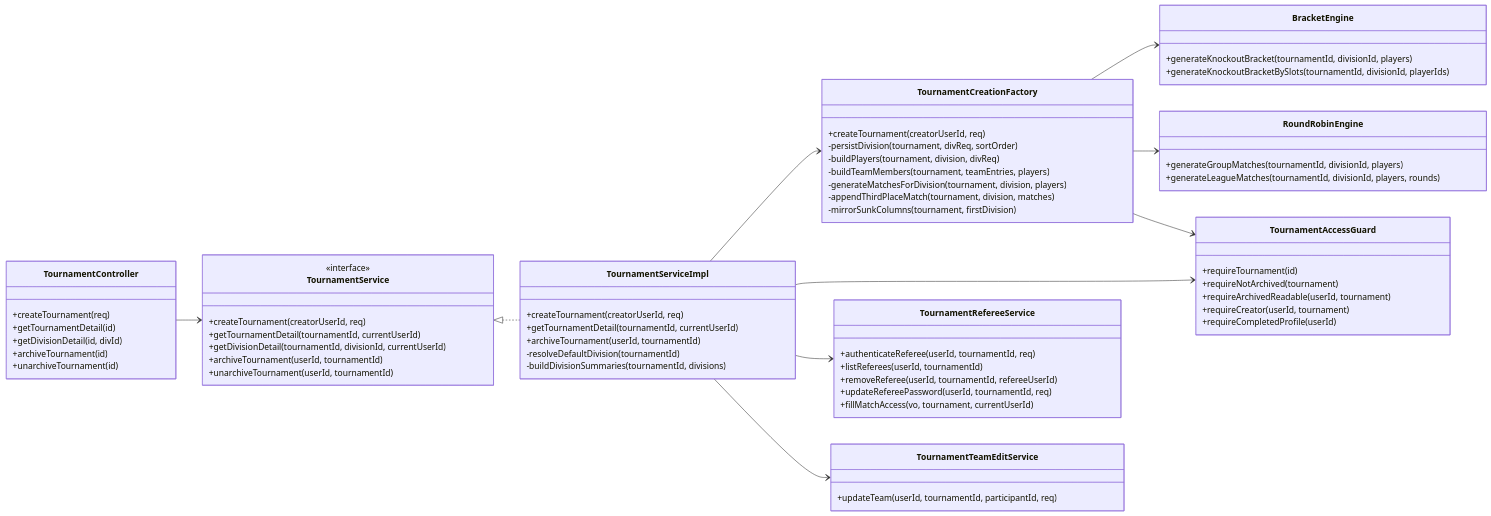
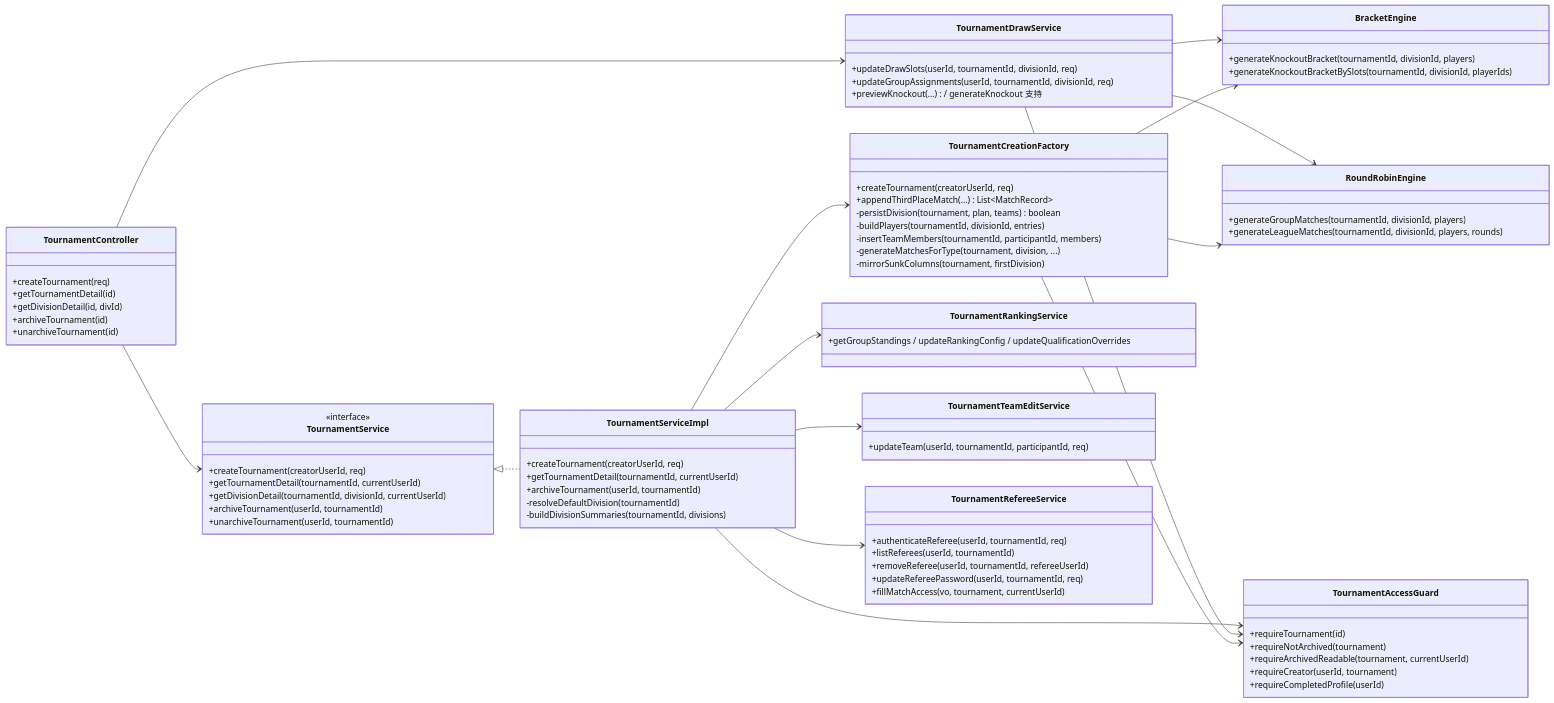
One commit to lijingyuu/Scoring changed the second of 10 diagrams in docs/类图.md. Above: the diagram before and after it, drawn with Mermaid. The commit also changed other lines of this file and 13 other files, not shown here.

First line of the commit message:
docs: 文档全量同步当前版本（限流/错误码/分段规则/撤销补偿/新类视图）

```diff
--- a/docs/类图.md
+++ b/docs/类图.md
@@ -318,18 +330,28 @@
 
 class TournamentCreationFactory {
   +createTournament(creatorUserId, req)
-  -persistDivision(tournament, divReq, sortOrder)
-  -buildPlayers(tournament, division, divReq)
-  -buildTeamMembers(tournament, teamEntries, players)
-  -generateMatchesForDivision(tournament, division, players)
-  -appendThirdPlaceMatch(tournament, division, matches)
+  +appendThirdPlaceMatch(...) List~MatchRecord~
+  -persistDivision(tournament, plan, teams) boolean
+  -buildPlayers(tournamentId, divisionId, entries)
+  -insertTeamMembers(tournamentId, participantId, members)
+  -generateMatchesForType(tournament, division, ...)
   -mirrorSunkColumns(tournament, firstDivision)
+}
+
+class TournamentDrawService {
+  +updateDrawSlots(userId, tournamentId, divisionId, req)
+  +updateGroupAssignments(userId, tournamentId, divisionId, req)
+  +previewKnockout(...) / generateKnockout 支持
+}
+
+class TournamentRankingService {
+  +getGroupStandings / updateRankingConfig / updateQualificationOverrides
 }
 
 class TournamentAccessGuard {
   +requireTournament(id)
   +requireNotArchived(tournament)
-  +requireArchivedReadable(userId, tournament)
+  +requireArchivedReadable(tournament, currentUserId)
   +requireCreator(userId, tournament)
   +requireCompletedProfile(userId)
 }
@@ -357,11 +379,16 @@
 }
 
 TournamentController --> TournamentService
+TournamentController --> TournamentDrawService
 TournamentService <|.. TournamentServiceImpl
 TournamentServiceImpl --> TournamentCreationFactory
 TournamentServiceImpl --> TournamentAccessGuard
 TournamentServiceImpl --> TournamentRefereeService
 TournamentServiceImpl --> TournamentTeamEditService
+TournamentServiceImpl --> TournamentRankingService
+TournamentDrawService --> TournamentAccessGuard
+TournamentDrawService --> RoundRobinEngine
+TournamentDrawService --> BracketEngine
 TournamentCreationFactory --> BracketEngine
 TournamentCreationFactory --> RoundRobinEngine
 TournamentCreationFactory --> TournamentAccessGuard
```
